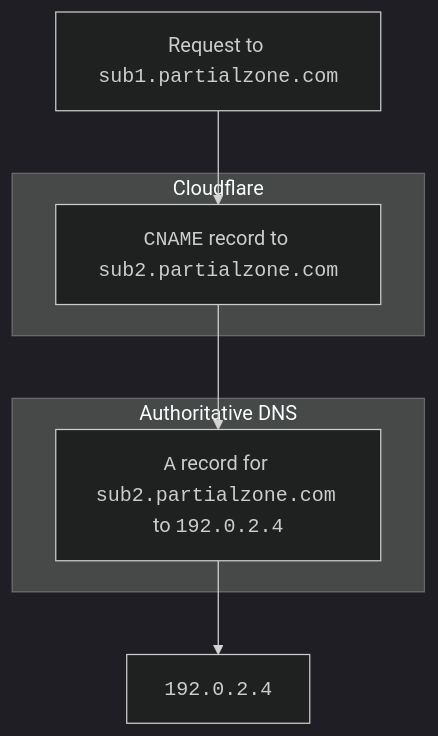
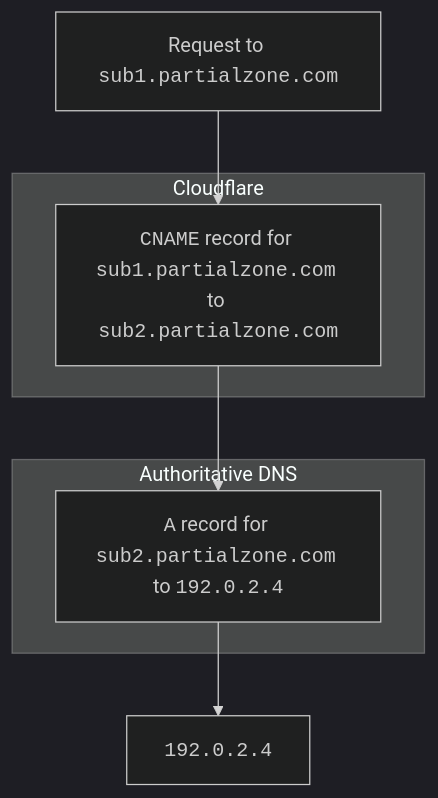
Before and after one commit to cloudflare/cloudflare-docs: the second of 3 diagrams in content/dns/zone-setups/partial-setup/dns-resolution.md, drawn with Mermaid (dark theme). The commit also changed other lines of this file, not shown here.

```diff
--- a/content/dns/zone-setups/partial-setup/dns-resolution.md
+++ b/content/dns/zone-setups/partial-setup/dns-resolution.md
@@ -44,13 +44,13 @@
 <div class="mermaid">
     flowchart TD
       accTitle: DNS resolution flow with CNAME target not in partial zone
-      A[Request to <code>sub1.partialzone.com</code>] --> B[<code>CNAME</code> record to <code>sub2.partialzone.com</code>]
+      A[Request to <code>sub1.partialzone.com</code>] --> B[<code>CNAME</code> record for <code>sub1.partialzone.com</code> to <code>sub2.partialzone.com</code>]
       B --> C[<code>A</code> record for <code>sub2.partialzone.com</code> to <code>192.0.2.4</code>]
       C --> D[<code>192.0.2.4</code>]
       subgraph Cloudflare
         B
       end
       subgraph Authoritative DNS
         C
       end
 </div>
```
